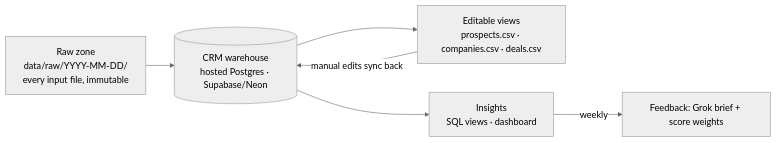
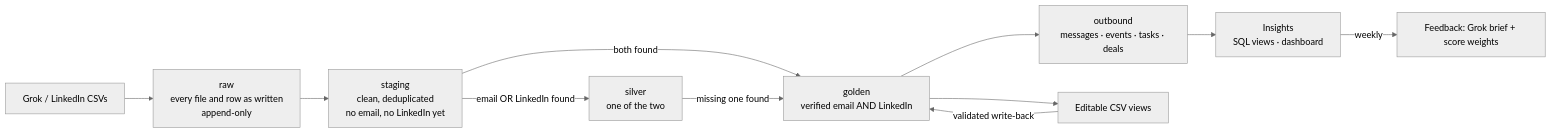
The third of 4 diagrams in docs/architecture.md (Excergic/gtm-engine-founders-Head-Marketing-Sales-people), drawn with Mermaid (neutral theme) before and after one commit. The commit also changed other lines of this file, not shown here.

First line of the commit message:
Architecture: layered Neon warehouse with raw, staging, silver and golden

````diff
--- a/docs/architecture.md
+++ b/docs/architecture.md
@@ -141,8 +141,13 @@
 ```mermaid
 flowchart LR
-    RAW[Raw zone<br/>data/raw/YYYY-MM-DD/<br/>every input file, immutable] --> CORE
-    CORE[(CRM warehouse<br/>hosted Postgres · Supabase/Neon)] --> VIEW[Editable views<br/>prospects.csv · companies.csv · deals.csv]
-    VIEW -->|manual edits sync back| CORE
-    CORE --> INS[Insights<br/>SQL views · dashboard]
+    SRC[Grok / LinkedIn CSVs] --> RAW[raw<br/>every file and row as written<br/>append-only]
+    RAW --> STG[staging<br/>clean, deduplicated<br/>no email, no LinkedIn yet]
+    STG -->|email OR LinkedIn found| SIL[silver<br/>one of the two]
+    STG -->|both found| GLD[golden<br/>verified email AND LinkedIn]
+    SIL -->|missing one found| GLD
+    GLD --> OUT[outbound<br/>messages · events · tasks · deals]
+    GLD --> VIEW[Editable CSV views]
+    VIEW -->|validated write-back| GLD
+    OUT --> INS[Insights<br/>SQL views · dashboard]
     INS -->|weekly| FB[Feedback: Grok brief + score weights]
 ```
````
